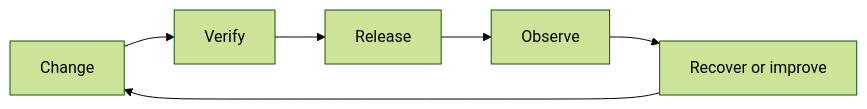
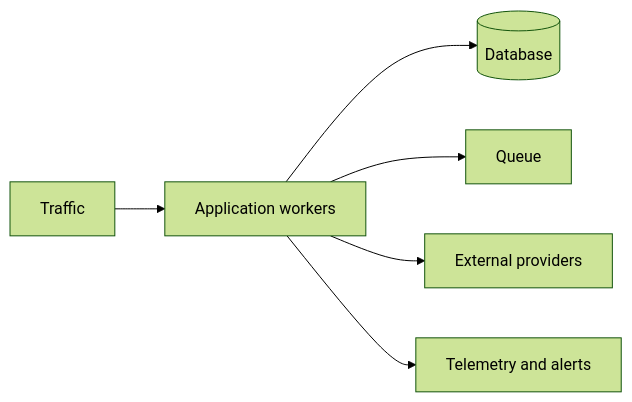
One commit to jeffersoncampos12p-dev/jeston changed the diagram in path/to/docs/operations/production.mdx. Above: the diagram before and after it, drawn with Mermaid (forest theme). The commit also changed other lines of this file and 31 other files, not shown here.

````diff
--- a/path/to/docs/operations/production.mdx
+++ b/path/to/docs/operations/production.mdx
@@ -88,8 +51,8 @@
 ```mermaid placement="top-right"
 flowchart LR
-    change[Change] --> verify[Verify]
-    verify --> release[Release]
-    release --> observe[Observe]
-    observe --> recover[Recover or improve]
-    recover --> change
+    traffic[Traffic] --> app[Application workers]
+    app --> db[(Database)]
+    app --> queue[Queue]
+    app --> providers[External providers]
+    app --> telemetry[Telemetry and alerts]
 ```
````
